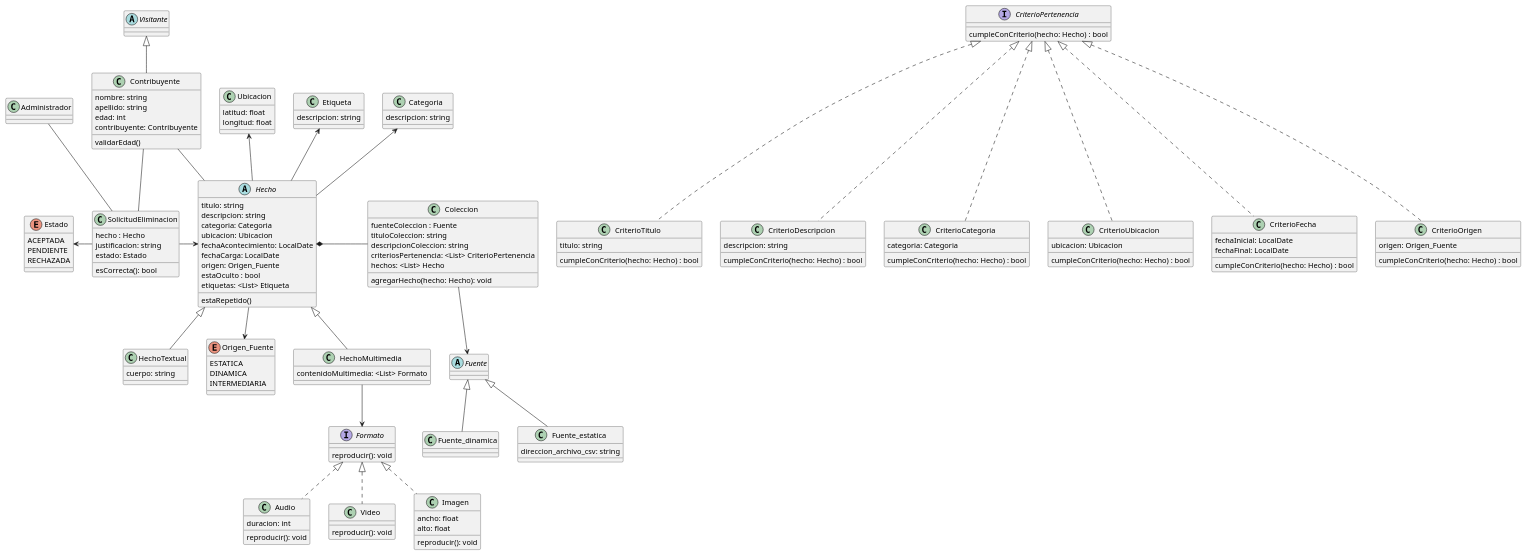
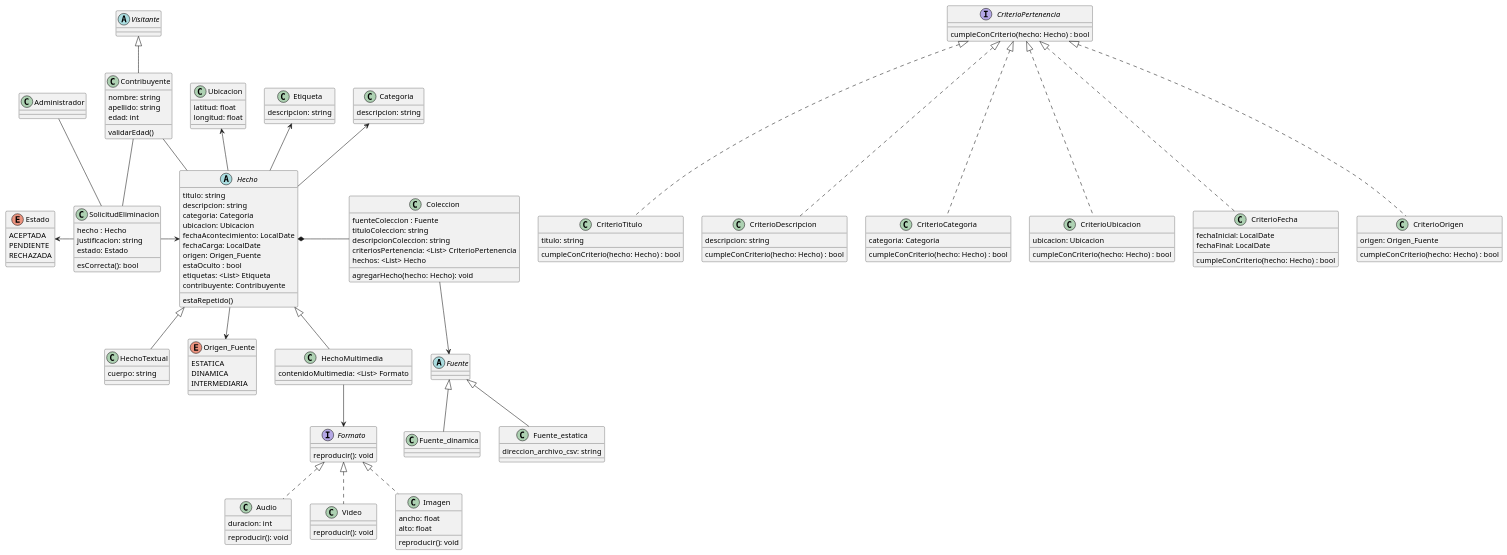
The diagram in diagrama.plantuml (David-Schmidt02/Entrega1-TP-DSI), drawn with PlantUML before and after one commit.

Commit message:
habia puesto mal el contribuyente como atributo

```diff
--- a/diagrama.plantuml
+++ b/diagrama.plantuml
@@ -1,185 +1,186 @@
 @startuml trabajoPractico
 
 
 'Clase padre de contribuyente y visualizador
 
 abstract Visitante {
 }
 
 class Contribuyente extends Visitante {
     nombre: string
     apellido: string
     edad: int
-    contribuyente: Contribuyente
     validarEdad()
 
 }
 
 
 class Coleccion {
     fuenteColeccion : Fuente
     tituloColeccion: string
     descripcionColeccion: string
     criteriosPertenencia: <List> CriterioPertenencia
     hechos: <List> Hecho
     agregarHecho(hecho: Hecho): void
 }
 
 abstract Fuente {
 }
 
 class Fuente_estatica extends Fuente {
     direccion_archivo_csv: string
 }
 
 class Fuente_dinamica extends Fuente {}
 
 ' DUDA => Criterios: lista de valores/atributos/lo que sea/ o clase
 ' Se diagraman las fuentes en el DC? o podemos dejarlo como un atributo
 ' "Obtención de hechos en lote por archivos CSV, implicancias en el diagrama de clase
 ' 
 ' https://www.youtube.com/watch?v=IpDr3I1X7Os
 interface CriterioPertenencia {
     cumpleConCriterio(hecho: Hecho) : bool
 }
 
 class CriterioTitulo {
     titulo: string
     cumpleConCriterio(hecho: Hecho) : bool
 }
 
 class CriterioDescripcion {
     descripcion: string
     cumpleConCriterio(hecho: Hecho) : bool
 }
 
 class CriterioCategoria {
     categoria: Categoria
     cumpleConCriterio(hecho: Hecho) : bool
 }
 
 class CriterioUbicacion {
     ubicacion: Ubicacion
     cumpleConCriterio(hecho: Hecho) : bool
 }
 
 class CriterioFecha {
     fechaInicial: LocalDate
     fechaFinal: LocalDate
     cumpleConCriterio(hecho: Hecho) : bool
 }
 
 class CriterioOrigen {
     origen: Origen_Fuente
     cumpleConCriterio(hecho: Hecho) : bool
 }
 
 abstract class Hecho {
     titulo: string
     descripcion: string
     categoria: Categoria 
     ubicacion: Ubicacion
     fechaAcontecimiento: LocalDate
     fechaCarga: LocalDate
     origen: Origen_Fuente
     estaOculto : bool
     etiquetas: <List> Etiqueta
+    contribuyente: Contribuyente
+
 
     estaRepetido()
 }
 
 class Categoria {
     descripcion: string
 }
 
 class Etiqueta {
     descripcion: string
 }
 
 class Ubicacion {
     latitud: float
     longitud: float
 }
 
 class HechoMultimedia extends Hecho {
     contenidoMultimedia: <List> Formato
 }
 
 interface Formato {
     reproducir(): void
 }
 
 class Audio {
     duracion: int
     reproducir(): void
 
 }
 
 class Video {
     reproducir(): void
 
 }
 
 class Imagen {
     ancho: float
     alto: float
     reproducir(): void
 }
 
 class HechoTextual extends Hecho {
     cuerpo: string
 }
 
 class SolicitudEliminacion {
     hecho : Hecho
     justificacion: string
     estado: Estado
 
     esCorrecta(): bool
 }
 
 enum Estado {
     ACEPTADA
     PENDIENTE
     RECHAZADA
 }
 
 enum Origen_Fuente {
     ESTATICA 
     DINAMICA
     INTERMEDIARIA
 }
 
 ' Hecho
 Hecho -up-> Categoria
 Hecho -up-> Etiqueta
 Hecho -down-> Origen_Fuente
 Hecho <--left SolicitudEliminacion
 Hecho *--right Coleccion
 Hecho -up-> Ubicacion
 
 
 Coleccion --> Fuente
 SolicitudEliminacion --left-> Estado
 HechoMultimedia -down-> Formato
 
 Contribuyente -- Hecho
 Contribuyente -- SolicitudEliminacion
 Administrador -down- SolicitudEliminacion  
 'Administrador -- Coleccion
 
 ' Criterios de pertenencia
 CriterioPertenencia <|... CriterioTitulo
 CriterioPertenencia <|... CriterioDescripcion
 CriterioPertenencia <|... CriterioCategoria
 CriterioPertenencia <|... CriterioUbicacion
 CriterioPertenencia <|... CriterioFecha
 CriterioPertenencia <|... CriterioOrigen
 
 ' Formato
 Formato <|.. Audio
 Formato <|.. Video
 Formato <|.. Imagen
 
 
 @enduml
```
